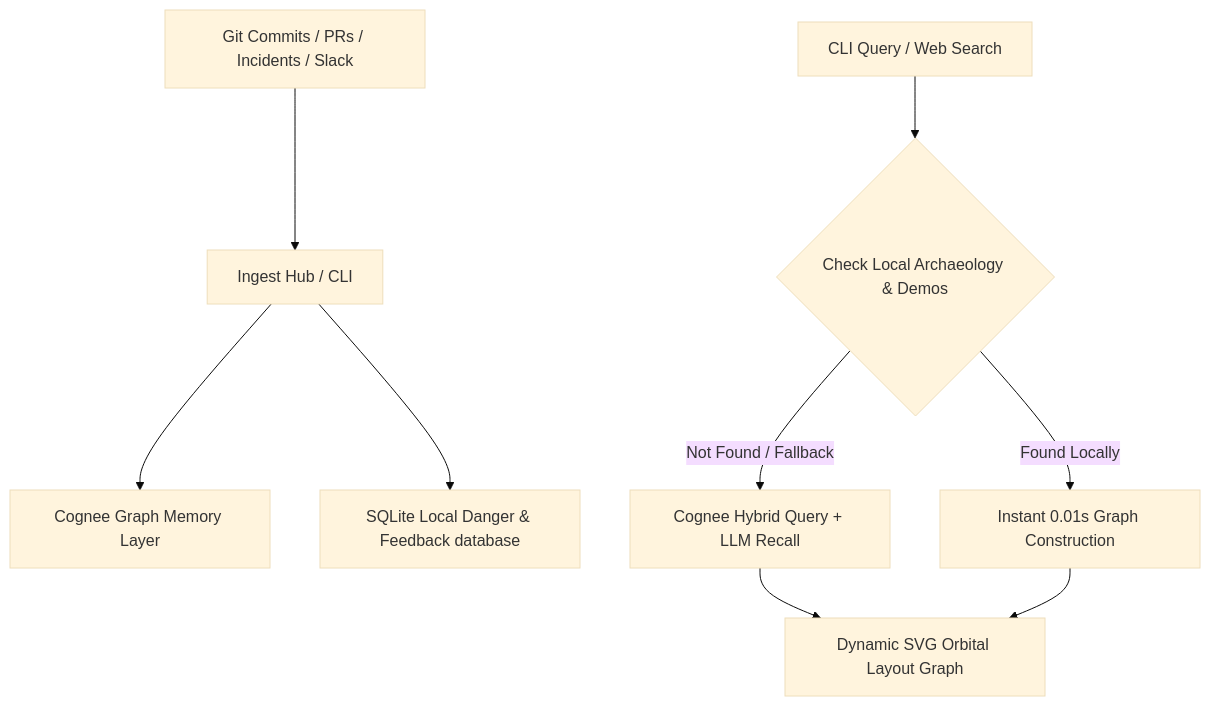
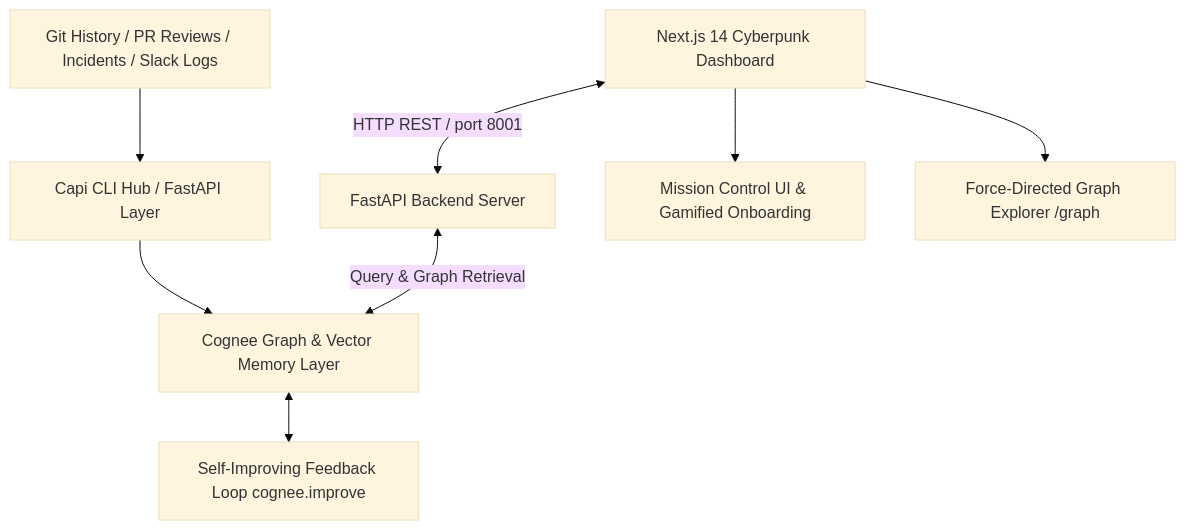
Before and after one commit to Akarshkushwaha/Capi: the diagram in README.md, drawn with Mermaid (base theme). The commit also changed other lines of this file and 48 other files, not shown here.

Commit message:
feat: complete Phase 9-10 full stack Capi build with Next.js 14 Hangover UI, Level 1 gamified onboarding, force graph explorer, and live Cognee memory loops

````diff
--- a/README.md
+++ b/README.md
@@ -34,11 +32,10 @@
 ```mermaid
 graph TD
-    A[Git Commits / PRs / Incidents / Slack] --> B[Ingest Hub / CLI]
-    B --> C[Cognee Graph Memory Layer]
-    B --> D[SQLite Local Danger & Feedback database]
-    E[CLI Query / Web Search] --> F{Check Local Archaeology & Demos}
-    F -- Found Locally --> G[Instant 0.01s Graph Construction]
-    F -- Not Found / Fallback --> H[Cognee Hybrid Query + LLM Recall]
-    H --> I[Dynamic SVG Orbital Layout Graph]
-    G --> I
+    A[Git History / PR Reviews / Incidents / Slack Logs] --> B[Capi CLI Hub / FastAPI Layer]
+    B --> C[Cognee Graph & Vector Memory Layer]
+    C <--> D[Self-Improving Feedback Loop cognee.improve]
+    E[Next.js 14 Cyberpunk Dashboard] <-->|HTTP REST / port 8001| F[FastAPI Backend Server]
+    F <-->|Query & Graph Retrieval| C
+    E --> G[Mission Control UI & Gamified Onboarding]
+    E --> H[Force-Directed Graph Explorer /graph]
 ```
````
